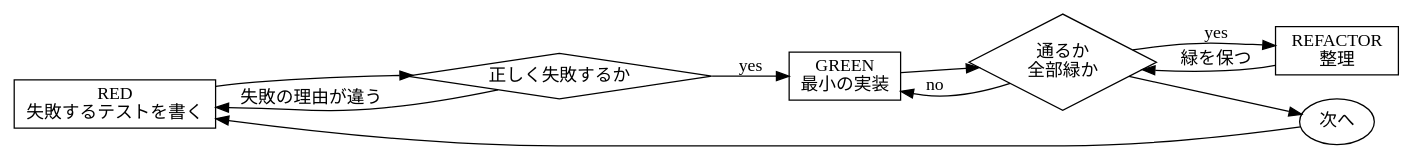
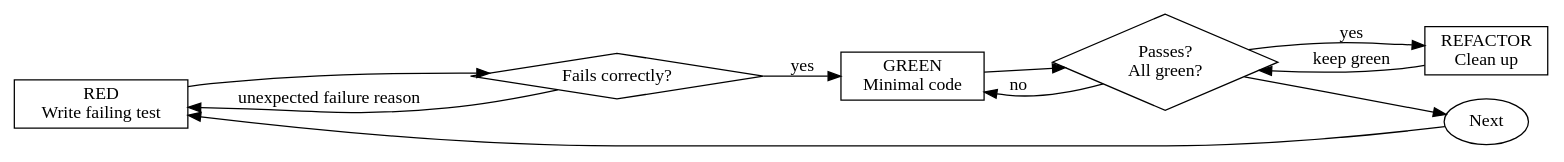
Before and after one commit to cellfusion/dotfiles: the diagram in .chezmoitemplates/agent-skills/test-driven-development/SKILL.md, drawn with Graphviz. The commit also changed other lines of this file and 98 other files, not shown here.

````diff
--- a/.chezmoitemplates/agent-skills/test-driven-development/SKILL.md
+++ b/.chezmoitemplates/agent-skills/test-driven-development/SKILL.md
@@ -56,21 +53,21 @@
 ```dot
 digraph tdd_cycle {
     rankdir=LR;
-    red [label="RED\n失敗するテストを書く", shape=box];
-    verify_red [label="正しく失敗するか", shape=diamond];
-    green [label="GREEN\n最小の実装", shape=box];
-    verify_green [label="通るか\n全部緑か", shape=diamond];
-    refactor [label="REFACTOR\n整理", shape=box];
-    next [label="次へ", shape=ellipse];
+    red [label="RED\nWrite failing test", shape=box];
+    verify_red [label="Fails correctly?", shape=diamond];
+    green [label="GREEN\nMinimal code", shape=box];
+    verify_green [label="Passes?\nAll green?", shape=diamond];
+    refactor [label="REFACTOR\nClean up", shape=box];
+    next [label="Next", shape=ellipse];
 
     red -> verify_red;
     verify_red -> green [label="yes"];
-    verify_red -> red [label="失敗の理由が違う"];
+    verify_red -> red [label="unexpected failure reason"];
     green -> verify_green;
     verify_green -> refactor [label="yes"];
     verify_green -> green [label="no"];
-    refactor -> verify_green [label="緑を保つ"];
+    refactor -> verify_green [label="keep green"];
     verify_green -> next;
     next -> red;
 }
 ```
````
